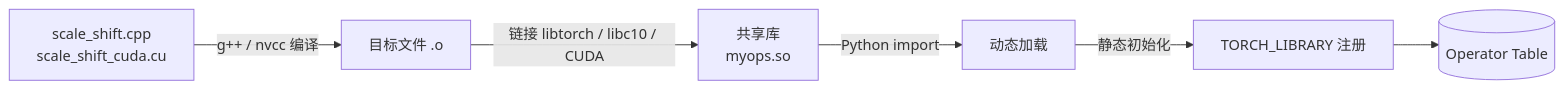
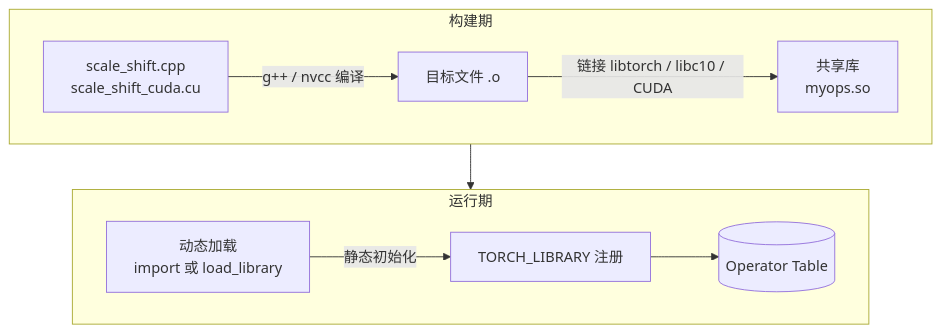
One commit to arganzheng/arganzheng.github.com changed the third of 6 diagrams in _posts/2026-02-22-pytorch-cpp-extension-and-custom-operators.md. Above: the diagram before and after it, drawn with Mermaid. The commit also changed other lines of this file and 10 other files, not shown here.

````diff
--- a/_posts/2026-02-22-pytorch-cpp-extension-and-custom-operators.md
+++ b/_posts/2026-02-22-pytorch-cpp-extension-and-custom-operators.md
@@ -371,8 +372,14 @@
 ```mermaid
-flowchart LR
-    SRC[scale_shift.cpp<br/>scale_shift_cuda.cu] -->|g++ / nvcc 编译| OBJ[目标文件 .o]
-    OBJ -->|链接 libtorch / libc10 / CUDA| SO[共享库<br/>myops.so]
-    SO -->|Python import| LOAD[动态加载]
-    LOAD -->|静态初始化| REG[TORCH_LIBRARY 注册]
-    REG --> OT[(Operator Table)]
+flowchart TB
+    subgraph BUILD["构建期"]
+        direction LR
+        SRC[scale_shift.cpp<br/>scale_shift_cuda.cu] -->|g++ / nvcc 编译| OBJ[目标文件 .o]
+        OBJ -->|链接 libtorch / libc10 / CUDA| SO[共享库<br/>myops.so]
+    end
+    subgraph RUN["运行期"]
+        direction LR
+        LOAD[动态加载<br/>import 或 load_library] -->|静态初始化| REG[TORCH_LIBRARY 注册]
+        REG --> OT[(Operator Table)]
+    end
+    SO --> LOAD
 ```
````
